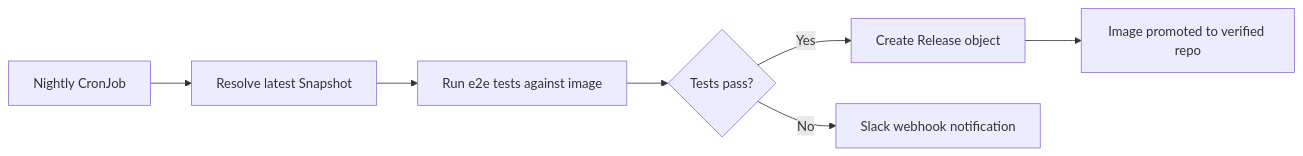
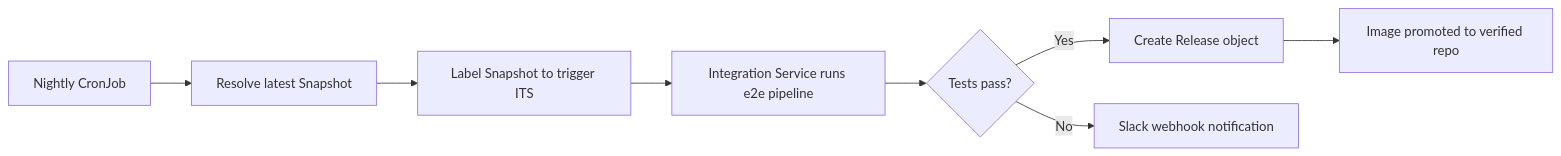
Before and after one commit to openshift/enhancements: the second of 3 diagrams in enhancements/hypershift/konflux-release-gating-pipeline.md, drawn with Mermaid. The commit also changed other lines of this file, not shown here.

First line of the commit message:
Address review feedback on Konflux release gating pipeline

````diff
--- a/enhancements/hypershift/konflux-release-gating-pipeline.md
+++ b/enhancements/hypershift/konflux-release-gating-pipeline.md
@@ -92,9 +99,10 @@
 ```mermaid
 graph LR
     A[Nightly CronJob] --> B[Resolve latest Snapshot]
-    B --> C[Run e2e tests against image]
-    C --> D{Tests pass?}
-    D -- Yes --> E[Create Release object]
-    E --> F[Image promoted to verified repo]
-    D -- No --> G[Slack webhook notification]
+    B --> C[Label Snapshot to trigger ITS]
+    C --> D[Integration Service runs e2e pipeline]
+    D --> E{Tests pass?}
+    E -- Yes --> F[Create Release object]
+    F --> G[Image promoted to verified repo]
+    E -- No --> H[Slack webhook notification]
 ```
````
